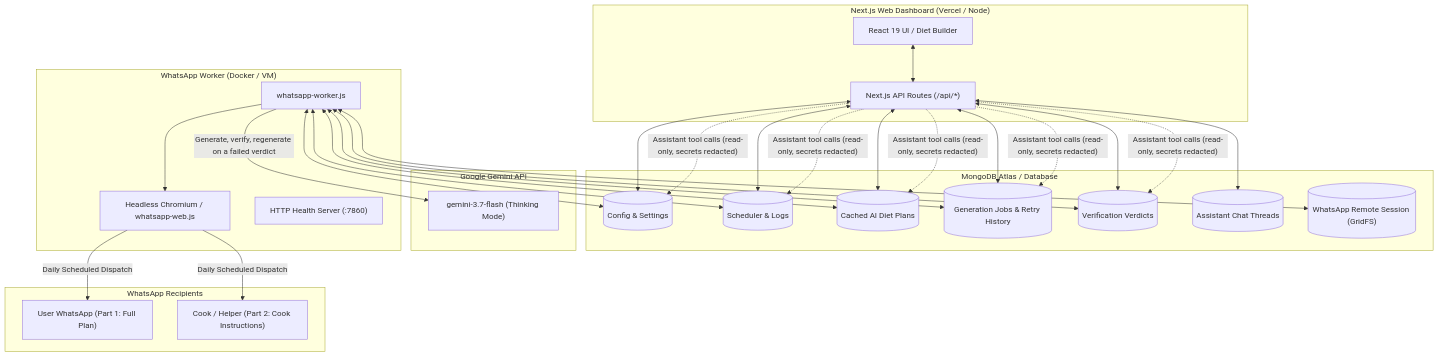
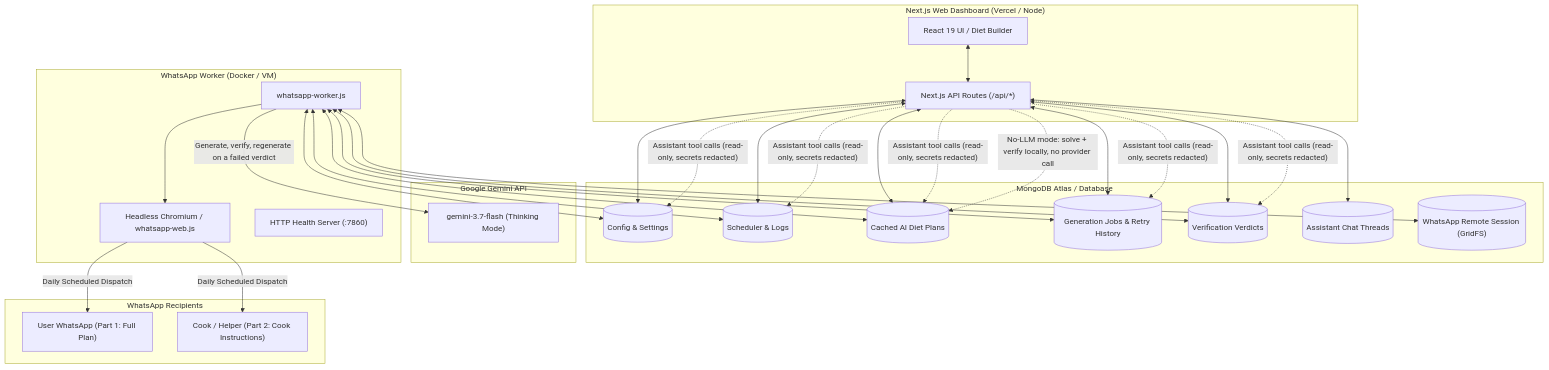
The diagram in README.md (ganganimaulik/AI-Diet-Maker), drawn with Mermaid before and after one commit. The commit also changed other lines of this file and 14 other files, not shown here.

````diff
--- a/README.md
+++ b/README.md
@@ -70,40 +79,41 @@
 ```mermaid
 flowchart TD
     subgraph Web ["Next.js Web Dashboard (Vercel / Node)"]
         UI["React 19 UI / Diet Builder"]
         API["Next.js API Routes (/api/*)"]
         UI <--> API
     end
 
     subgraph DB ["MongoDB Atlas / Database"]
         ConfigDoc[("Config & Settings")]
         SchedulerDoc[("Scheduler & Logs")]
         CacheDoc[("Cached AI Diet Plans")]
         JobDoc[("Generation Jobs & Retry History")]
         VerifyDoc[("Verification Verdicts")]
         ChatDoc[("Assistant Chat Threads")]
         GridFS[("WhatsApp Remote Session (GridFS)")]
     end
 
     subgraph AI ["Google Gemini API"]
         GeminiFlash["gemini-3.7-flash (Thinking Mode)"]
     end
 
     subgraph Worker ["WhatsApp Worker (Docker / VM)"]
         WorkerScript["whatsapp-worker.js"]
         PuppeteerEngine["Headless Chromium / whatsapp-web.js"]
         HealthServer["HTTP Health Server (:7860)"]
     end
 
     subgraph Recipients ["WhatsApp Recipients"]
         UserPhone["User WhatsApp (Part 1: Full Plan)"]
         CookPhone["Cook / Helper (Part 2: Cook Instructions)"]
     end
 
     API <--> ConfigDoc & SchedulerDoc & CacheDoc & JobDoc & VerifyDoc & ChatDoc
     API -.->|"Assistant tool calls (read-only, secrets redacted)"| ConfigDoc & CacheDoc & VerifyDoc & JobDoc & SchedulerDoc
     WorkerScript <--> GridFS & ConfigDoc & SchedulerDoc & CacheDoc & JobDoc & VerifyDoc
     WorkerScript -->|Generate, verify, regenerate on a failed verdict| GeminiFlash
+    API -.->|"No-LLM mode: solve + verify locally, no provider call"| CacheDoc
     WorkerScript --> PuppeteerEngine
     PuppeteerEngine -->|Daily Scheduled Dispatch| UserPhone & CookPhone
 ```
````
